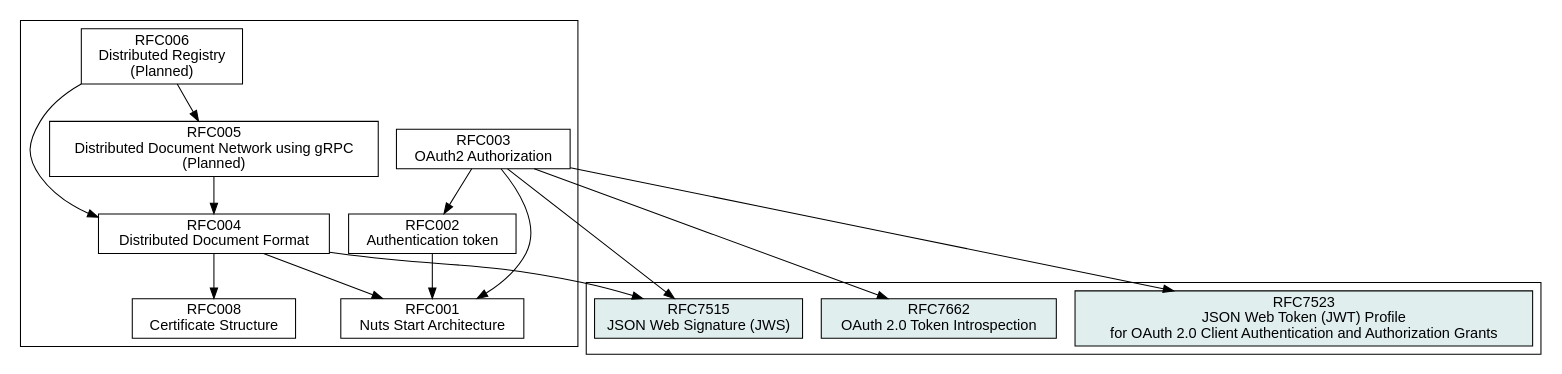
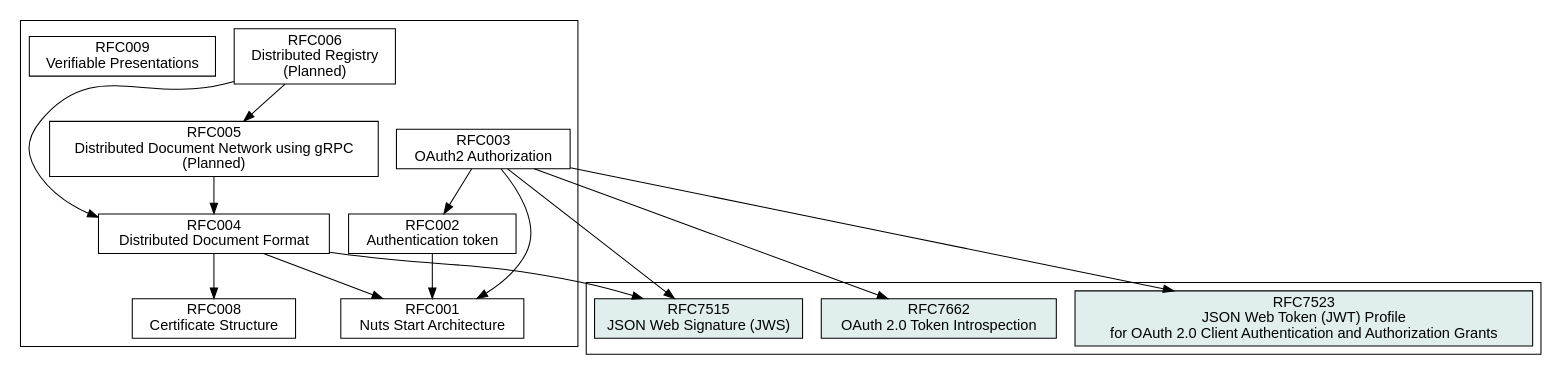
Before and after one commit to nuts-foundation/nuts-specification: the diagram in .gitbook/source/spec-relations.dot, drawn with Graphviz. The commit also changed 4 other files, not shown here.

Commit message:
Formatting for RFC009 Verifiable Presentations

```diff
--- a/.gitbook/source/spec-relations.dot
+++ b/.gitbook/source/spec-relations.dot
@@ -1,42 +1,43 @@
 digraph D {
     graph [fontname = "helvetica"];
     node [fontname = "helvetica",shape=box];
     edge [fontname = "helvetica"];
     root = RFC001;
     overlap = false;
 
     // Internal RFCs
     subgraph cluster_internal {
         RFC001 [label = "RFC001\nNuts Start Architecture",href = "rfc001-nuts-start-architecture"];
         RFC002 [label = "RFC002\nAuthentication token",href = "rfc002-authentication-token"];
         RFC003 [label = "RFC003\nOAuth2 Authorization",href = "rfc003-oauth2-authorization"];
         RFC004 [label = "RFC004\nDistributed Document Format",href = "rfc004-distributed-document-format"];
         RFC005 [label = "RFC005\nDistributed Document Network using gRPC\n(Planned)",href = "rfc005-distributed-document-network-grpc"];
         RFC006 [label = "RFC006\nDistributed Registry\n(Planned)",href = "rfc006-distributed-registry"];
         RFC008 [label = "RFC008\nCertificate Structure",href = "rfc008-certificate-structure"];
+        RFC009 [label = "RFC009\nVerifiable Presentations",href = "rfc009-verifiable-presentations"];
     }
 
     // External RFCs
     subgraph cluster_external {
         RFC7662_EXT [label = "RFC7662\nOAuth 2.0 Token Introspection", fillcolor=azure2, style=filled, href = "https://tools.ietf.org/html/rfc7662"]
         RFC7523_EXT [label = "RFC7523\nJSON Web Token (JWT) Profile\nfor OAuth 2.0 Client Authentication and Authorization Grants", fillcolor=azure2, style=filled, href = "https://tools.ietf.org/html/rfc7523"]
         RFC7515_EXT [label = "RFC7515\nJSON Web Signature (JWS)", fillcolor=azure2, style=filled, href = "https://tools.ietf.org/html/rfc7515"]
     }
 
     RFC002 -> RFC001
 
     RFC003 -> RFC001
     RFC003 -> RFC002
     RFC003 -> RFC7662_EXT
     RFC003 -> RFC7523_EXT
     RFC003 -> RFC7515_EXT
 
     RFC004 -> RFC001
     RFC004 -> RFC7515_EXT
     RFC004 -> RFC008
 
     RFC005 -> RFC004
 
     RFC006 -> RFC004
     RFC006 -> RFC005
 }
```
